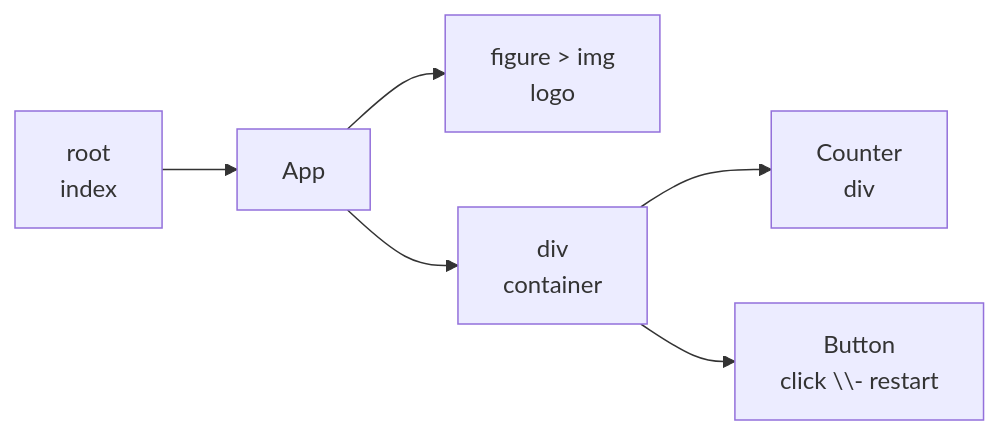
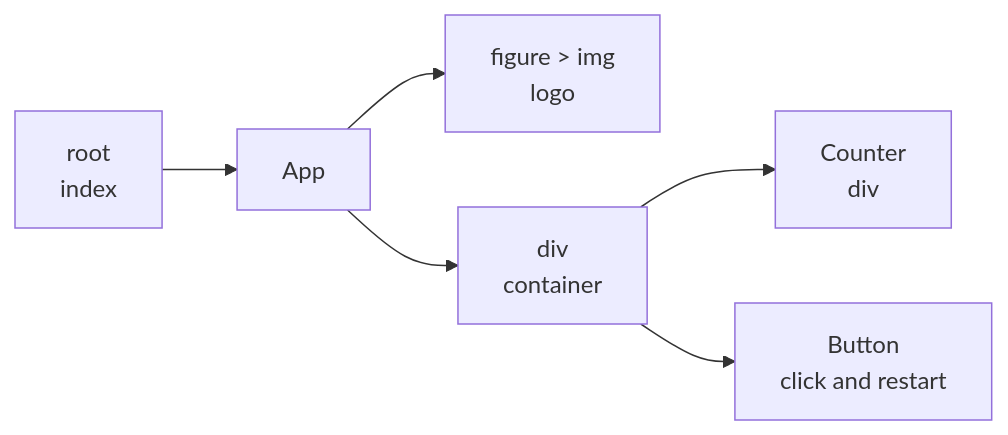
One commit to alevroses/react__click-counter changed the diagram in README.md. Above: the diagram before and after it, drawn with Mermaid.

````diff
--- a/README.md
+++ b/README.md
@@ -7,8 +7,8 @@
 ```mermaid
 graph LR
     A[root \n index] --> B[App]
     B --> C[figure > img \n logo]
     B --> D[div \n container]
     D --> E[Counter \n div]
-    D --> F[Button \n click \\- restart]
+    D --> F[Button \n click and restart]
 ```
````
